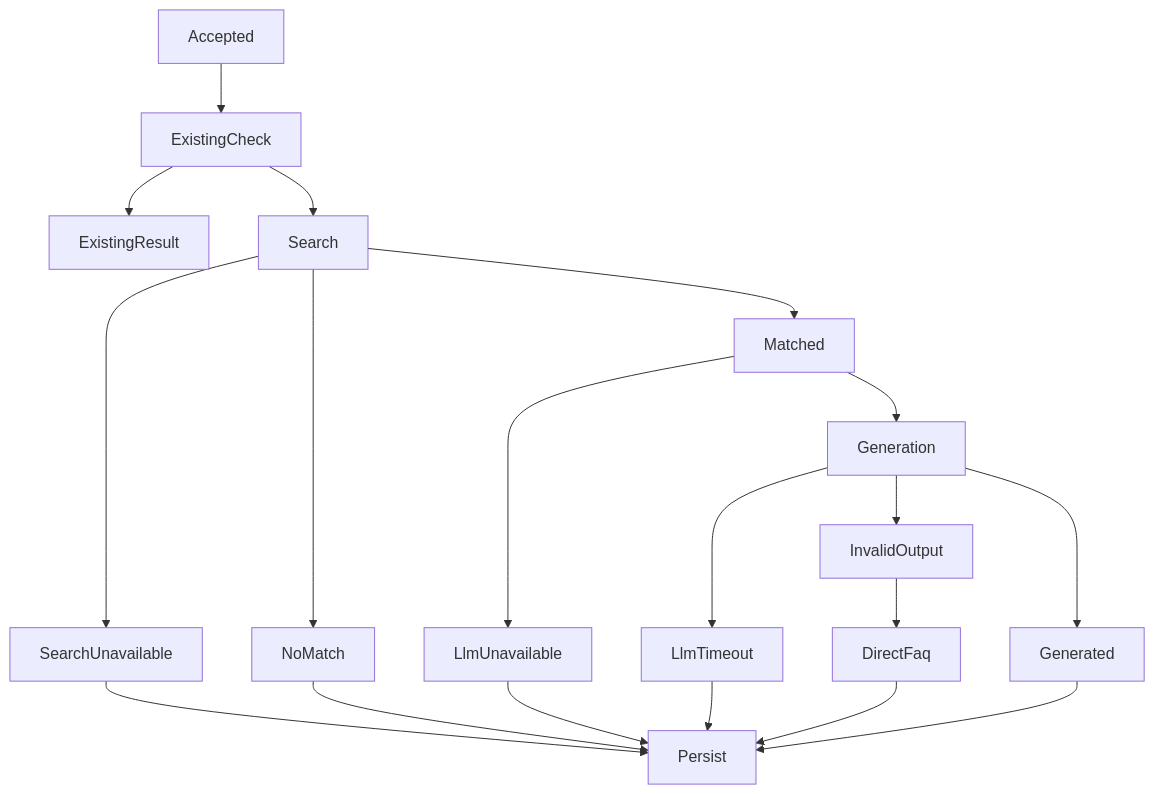
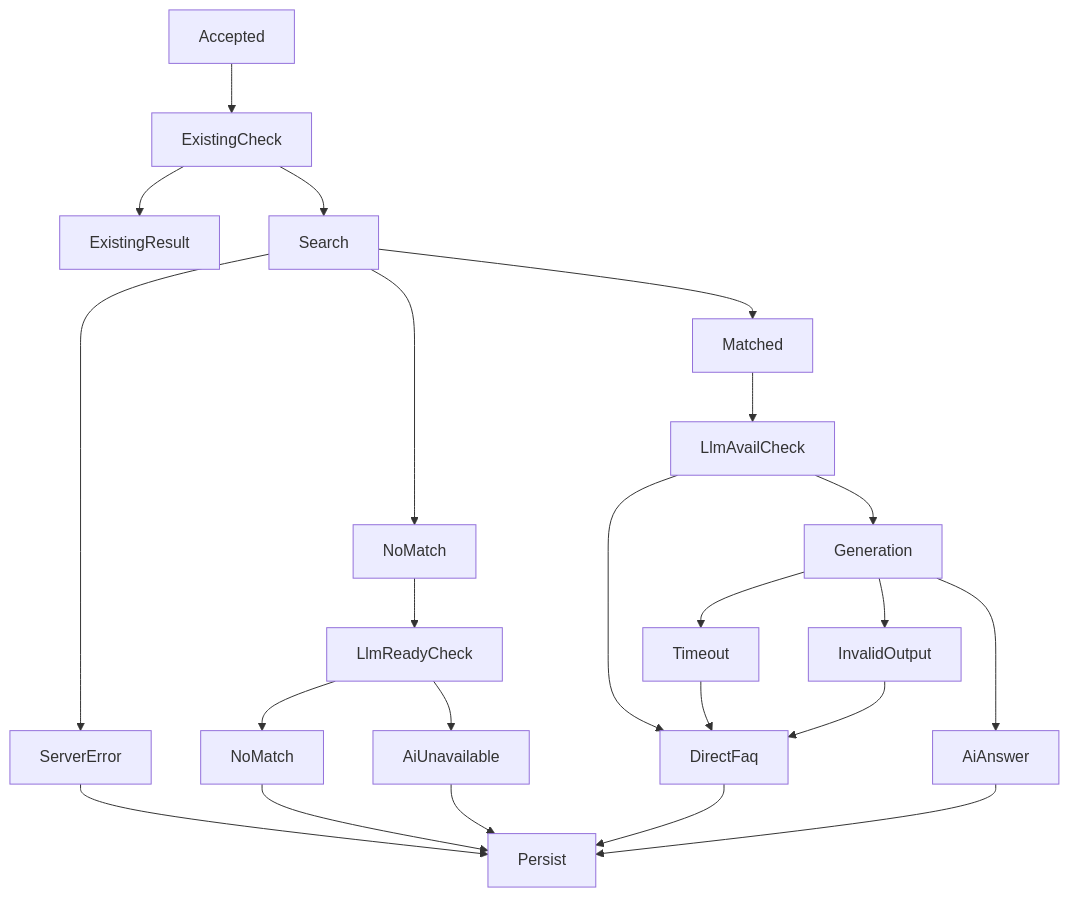
Before and after one commit to iwamuratakashi/cc-sdd-workshop-team7-helpo: the third of 6 diagrams in .kiro/specs/ai-helpdesk-chat/design.md, drawn with Mermaid. The commit also changed other lines of this file and 3 other files, not shown here.

````diff
--- a/.kiro/specs/ai-helpdesk-chat/design.md
+++ b/.kiro/specs/ai-helpdesk-chat/design.md
@@ -203,21 +205,25 @@
 ```mermaid
 flowchart TD
     Accepted --> ExistingCheck
     ExistingCheck --> ExistingResult
     ExistingCheck --> Search
-    Search --> SearchUnavailable
+    Search --> ServerError
     Search --> NoMatch
     Search --> Matched
-    Matched --> LlmUnavailable
-    Matched --> Generation
-    Generation --> LlmTimeout
+    NoMatch --> LlmReadyCheck
+    LlmReadyCheck --> NoMatchStatus[NoMatch]
+    LlmReadyCheck --> AiUnavailable
+    Matched --> LlmAvailCheck
+    LlmAvailCheck --> DirectFaq
+    LlmAvailCheck --> Generation
+    Generation --> Timeout[Timeout]
+    Timeout --> DirectFaq
     Generation --> InvalidOutput
-    Generation --> Generated
+    Generation --> AiAnswer
     InvalidOutput --> DirectFaq
-    SearchUnavailable --> Persist
-    NoMatch --> Persist
-    LlmUnavailable --> Persist
-    LlmTimeout --> Persist
+    ServerError --> Persist
+    NoMatchStatus --> Persist
+    AiUnavailable --> Persist
     DirectFaq --> Persist
-    Generated --> Persist
+    AiAnswer --> Persist
 ```
````
